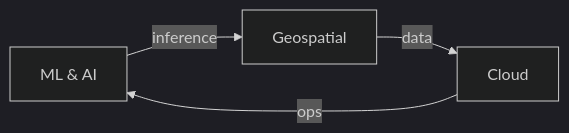
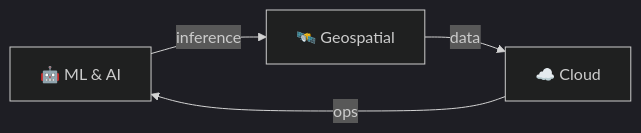
One commit to DBishal13/dbishal13 changed the diagram in README.md. Above: the diagram before and after it, drawn with Mermaid (dark theme). The commit also changed other lines of this file and 1 other file, not shown here.

````diff
--- a/README.md
+++ b/README.md
@@ -12,6 +28,6 @@
 ```mermaid
 graph LR
-    A["ML & AI"] -->|inference| B["Geospatial"]
-    B -->|data| C["Cloud"]
+    A["🤖 ML & AI"] -->|inference| B["🛰️ Geospatial"]
+    B -->|data| C["☁️ Cloud"]
     C -->|ops| A
 ```
````
